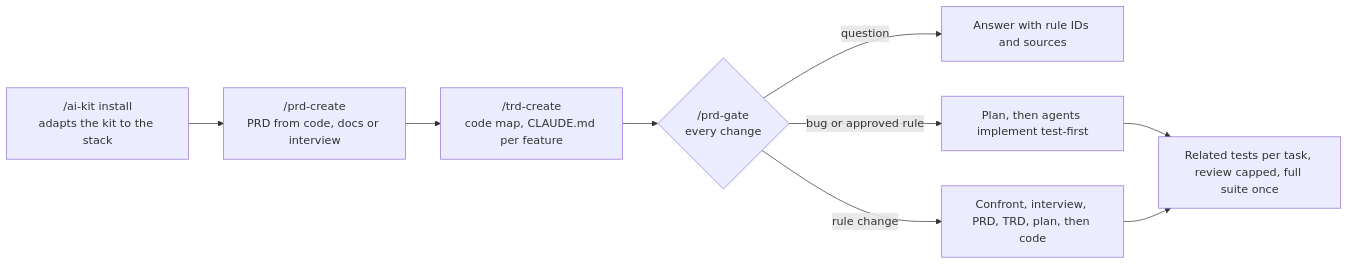
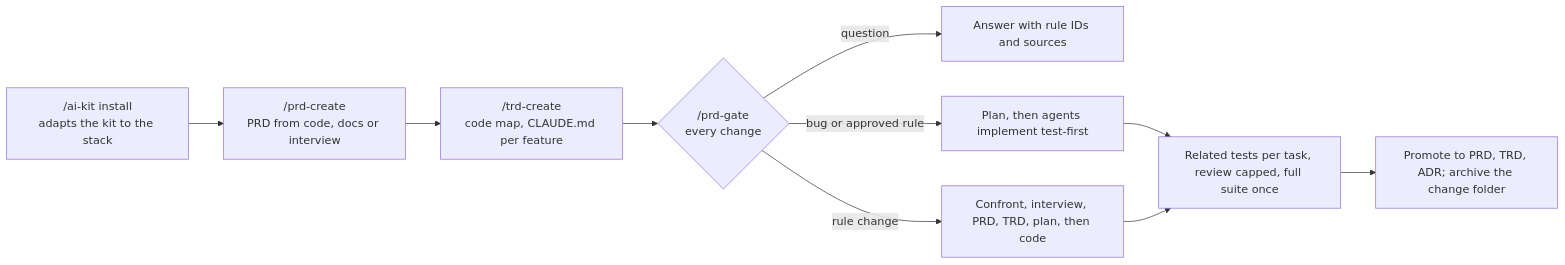
One commit to mtperessoni/ai-starter-kit changed the diagram in README.md. Above: the diagram before and after it, drawn with Mermaid. The commit also changed other lines of this file and 27 other files, not shown here.

````diff
--- a/README.md
+++ b/README.md
@@ -25,11 +25,12 @@
 ```mermaid
 flowchart LR
     I["/ai-kit install<br/>adapts the kit to the stack"] --> P["/prd-create<br/>PRD from code, docs or interview"]
     P --> T["/trd-create<br/>code map, CLAUDE.md per feature"]
     T --> G{"/prd-gate<br/>every change"}
     G -->|question| A[Answer with rule IDs and sources]
     G -->|bug or approved rule| X[Plan, then agents implement test-first]
     G -->|rule change| R[Confront, interview, PRD, TRD, plan, then code]
     X --> V[Related tests per task, review capped, full suite once]
     R --> V
+    V --> M[Promote to PRD, TRD, ADR; archive the change folder]
 ```
````
